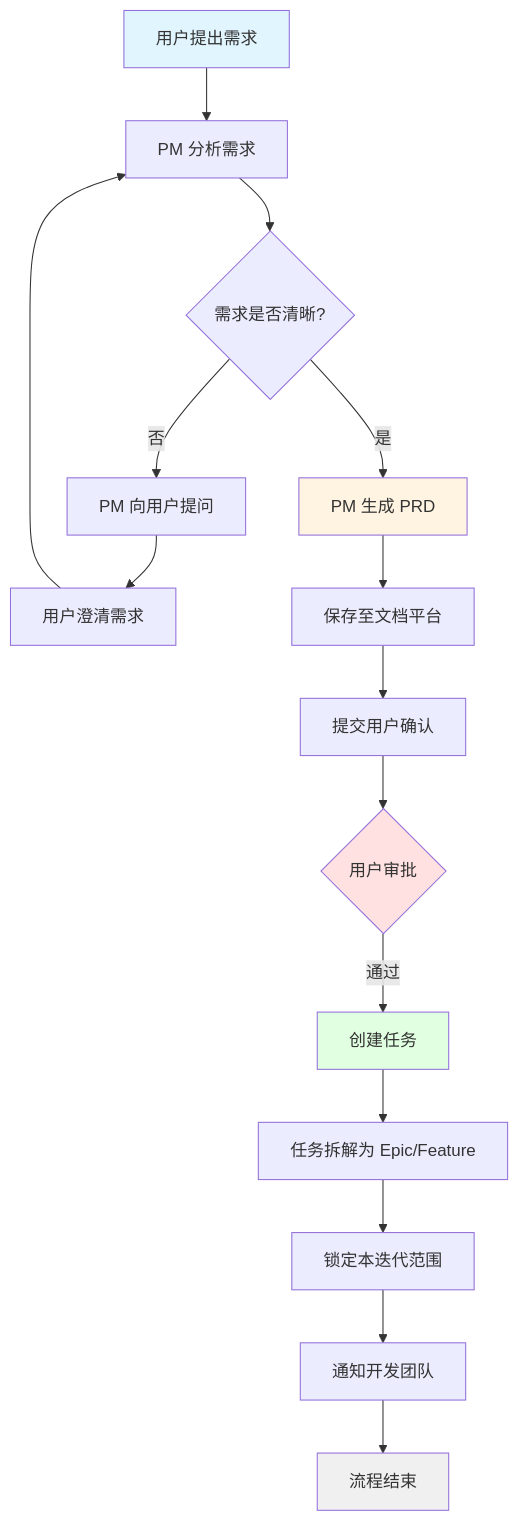
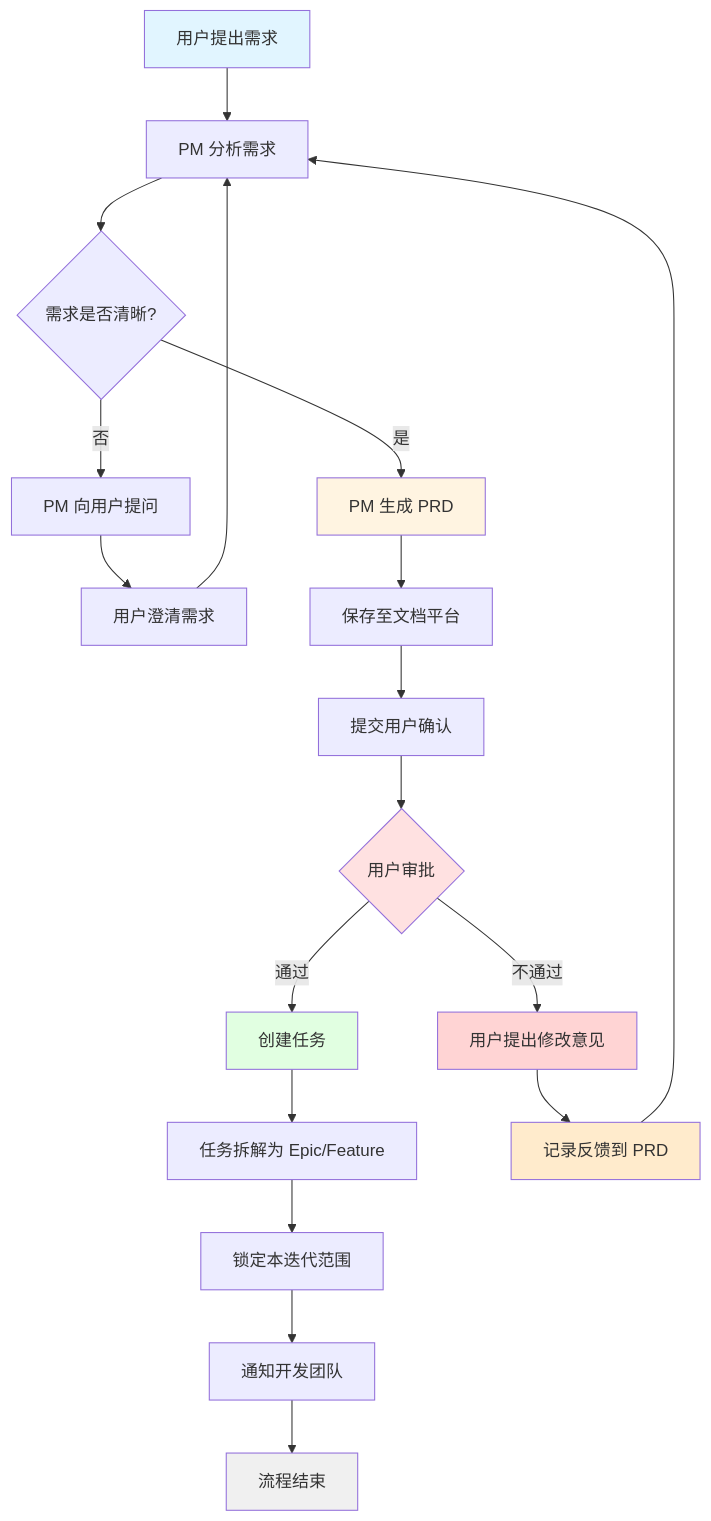
The second of 7 diagrams in design/PMFlow-Diagrams.md (KevCinnabar/ClawFleet), drawn with Mermaid before and after one commit. The commit also changed other lines of this file and 1 other file, not shown here.

Commit message:
合并流程图

````diff
--- a/design/PMFlow-Diagrams.md
+++ b/design/PMFlow-Diagrams.md
@@ -29,23 +29,28 @@
 ```mermaid
 graph TD
     A[用户提出需求] --> B[PM 分析需求]
     B --> C{需求是否清晰?}
     C -->|否| D[PM 向用户提问]
     D --> E[用户澄清需求]
     E --> B
     C -->|是| F[PM 生成 PRD]
     F --> G[保存至文档平台]
     G --> H[提交用户确认]
     H --> I{用户审批}
     I -->|通过| J[创建任务]
     J --> K[任务拆解为 Epic/Feature]
     K --> L[锁定本迭代范围]
     L --> M[通知开发团队]
     M --> N[流程结束]
+    I -->|不通过| O[用户提出修改意见]
+    O --> P[记录反馈到 PRD]
+    P --> B
     
     style A fill:#e1f5ff
     style F fill:#fff4e1
     style I fill:#ffe1e1
     style J fill:#e1ffe1
+    style O fill:#ffd4d4
+    style P fill:#ffebcc
     style N fill:#f0f0f0
 ```
````
